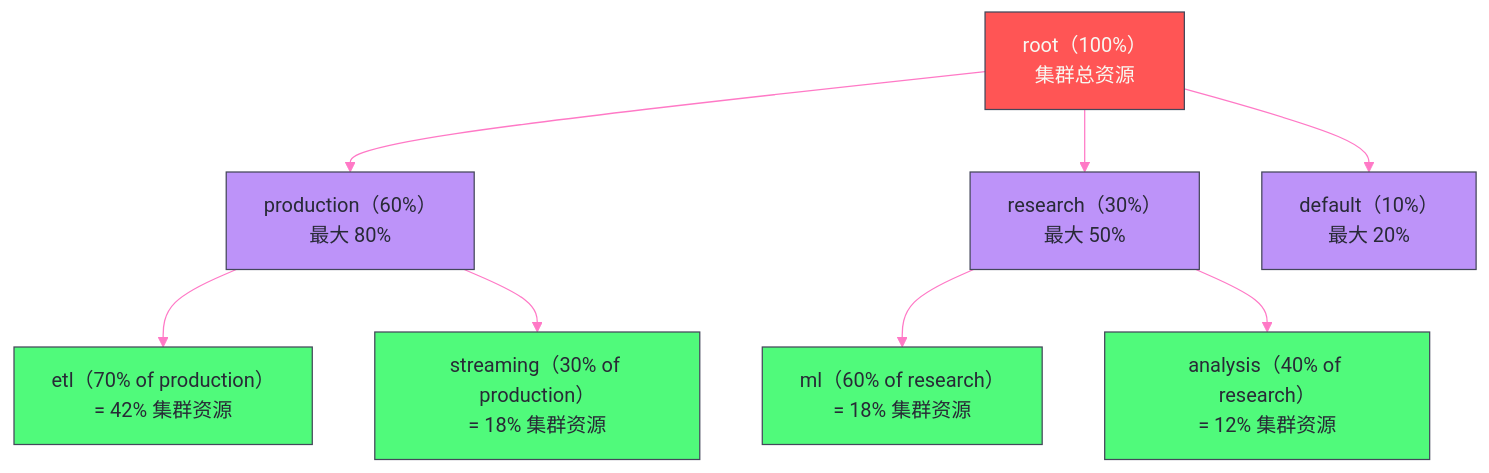
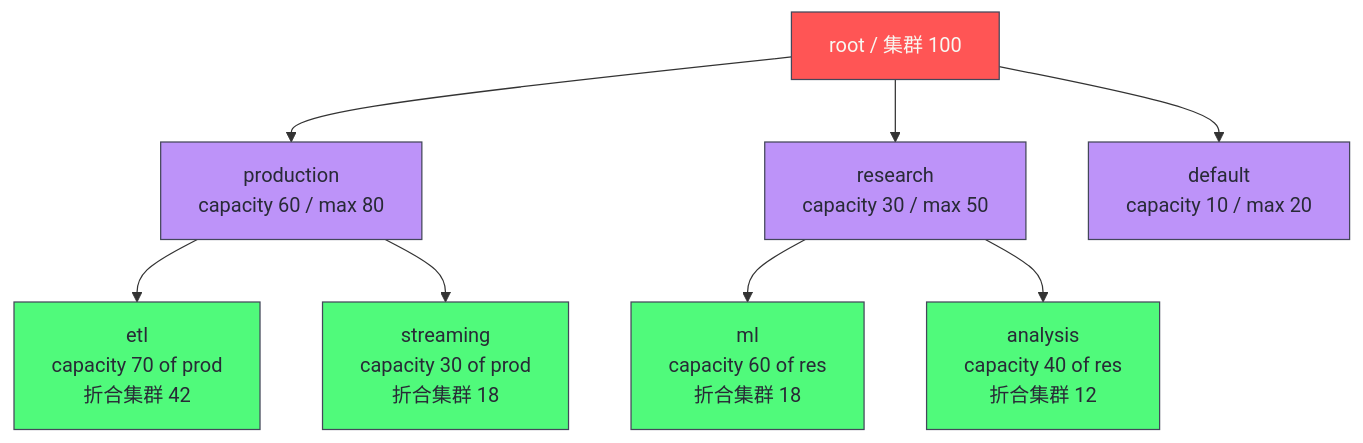
Before and after one commit to hpliStartAgain/my-brain: the first of 5 diagrams in content/大数据/Hadoop/Yarn/05 调度器深度解析——Capacity Scheduler 与 Fair Scheduler 的算法内核.md, drawn with Mermaid. The commit also changed other lines of this file and 455 other files, not shown here.

````diff
--- a/content/大数据/Hadoop/Yarn/05 调度器深度解析——Capacity Scheduler 与 Fair Scheduler 的算法内核.md
+++ b/content/大数据/Hadoop/Yarn/05 调度器深度解析——Capacity Scheduler 与 Fair Scheduler 的算法内核.md
@@ -51,28 +94,25 @@
 ```mermaid
-%%{init: {'theme': 'base', 'themeVariables': {'primaryColor': '#6272a4', 'primaryTextColor': '#f8f8f2', 'primaryBorderColor': '#bd93f9', 'lineColor': '#ff79c6', 'secondaryColor': '#44475a', 'tertiaryColor': '#282a36'}}}%%
+%%{init: {'theme': 'dracula'}}%%
 graph TD
-    Root["root（100%）</br>集群总资源"]
-    Prod["production（60%）</br>最大 80%"]
-    Research["research（30%）</br>最大 50%"]
-    Default["default（10%）</br>最大 20%"]
-    ETL["etl（70% of production）</br>= 42% 集群资源"]
-    Streaming["streaming（30% of production）</br>= 18% 集群资源"]
-    ML["ml（60% of research）</br>= 18% 集群资源"]
-    Analysis["analysis（40% of research）</br>= 12% 集群资源"]
-
-    Root --> Prod
-    Root --> Research
-    Root --> Default
-    Prod --> ETL
-    Prod --> Streaming
-    Research --> ML
-    Research --> Analysis
-
-    classDef root fill:#ff5555,stroke:#44475a,color:#f8f8f2
+    ROOT["root / 集群 100"]
+    PROD["production<br/>capacity 60 / max 80"]
+    RES["research<br/>capacity 30 / max 50"]
+    DEF["default<br/>capacity 10 / max 20"]
+    ETL["etl<br/>capacity 70 of prod<br/>折合集群 42"]
+    STREAM["streaming<br/>capacity 30 of prod<br/>折合集群 18"]
+    ML["ml<br/>capacity 60 of res<br/>折合集群 18"]
+    ANA["analysis<br/>capacity 40 of res<br/>折合集群 12"]
+    ROOT --> PROD
+    ROOT --> RES
+    ROOT --> DEF
+    PROD --> ETL
+    PROD --> STREAM
+    RES --> ML
+    RES --> ANA
+    classDef rootNode fill:#ff5555,stroke:#44475a,color:#f8f8f2
     classDef parent fill:#bd93f9,stroke:#44475a,color:#282a36
     classDef leaf fill:#50fa7b,stroke:#44475a,color:#282a36
-
-    class Root root
-    class Prod,Research,Default parent
-    class ETL,Streaming,ML,Analysis leaf
+    class ROOT rootNode
+    class PROD,RES,DEF parent
+    class ETL,STREAM,ML,ANA leaf
 ```
````
